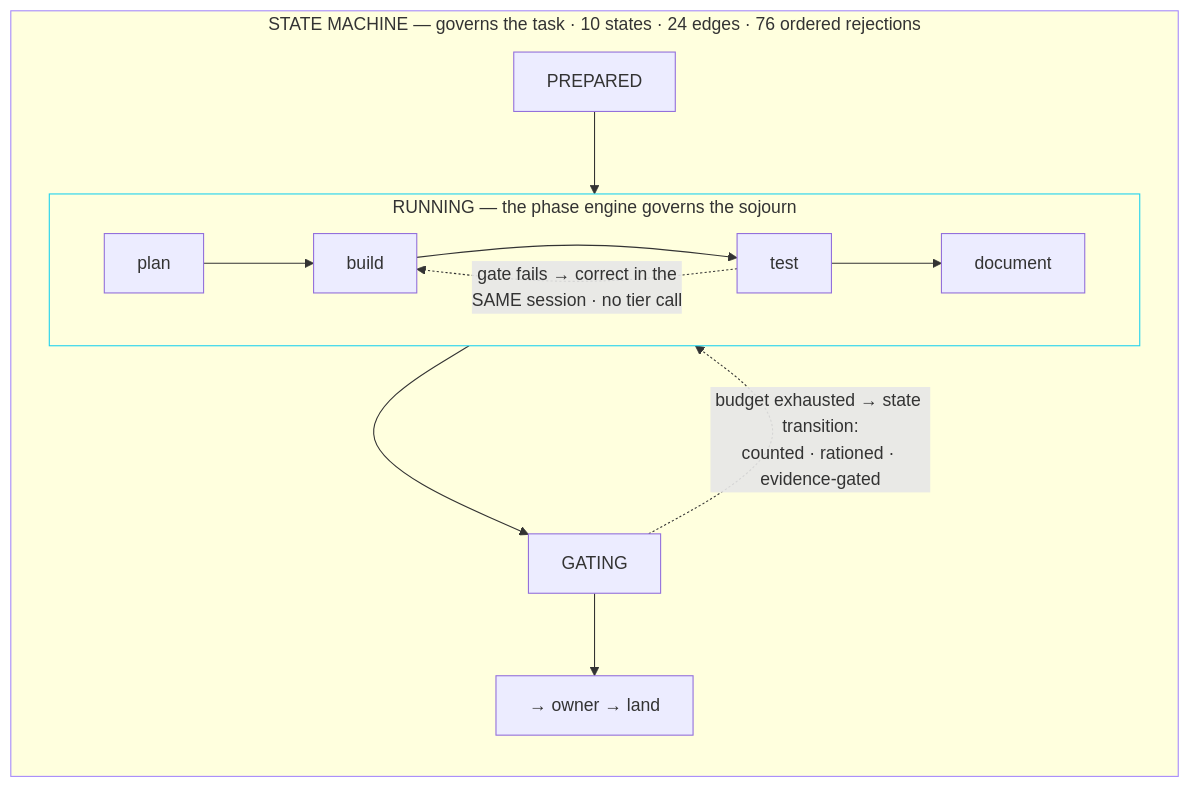
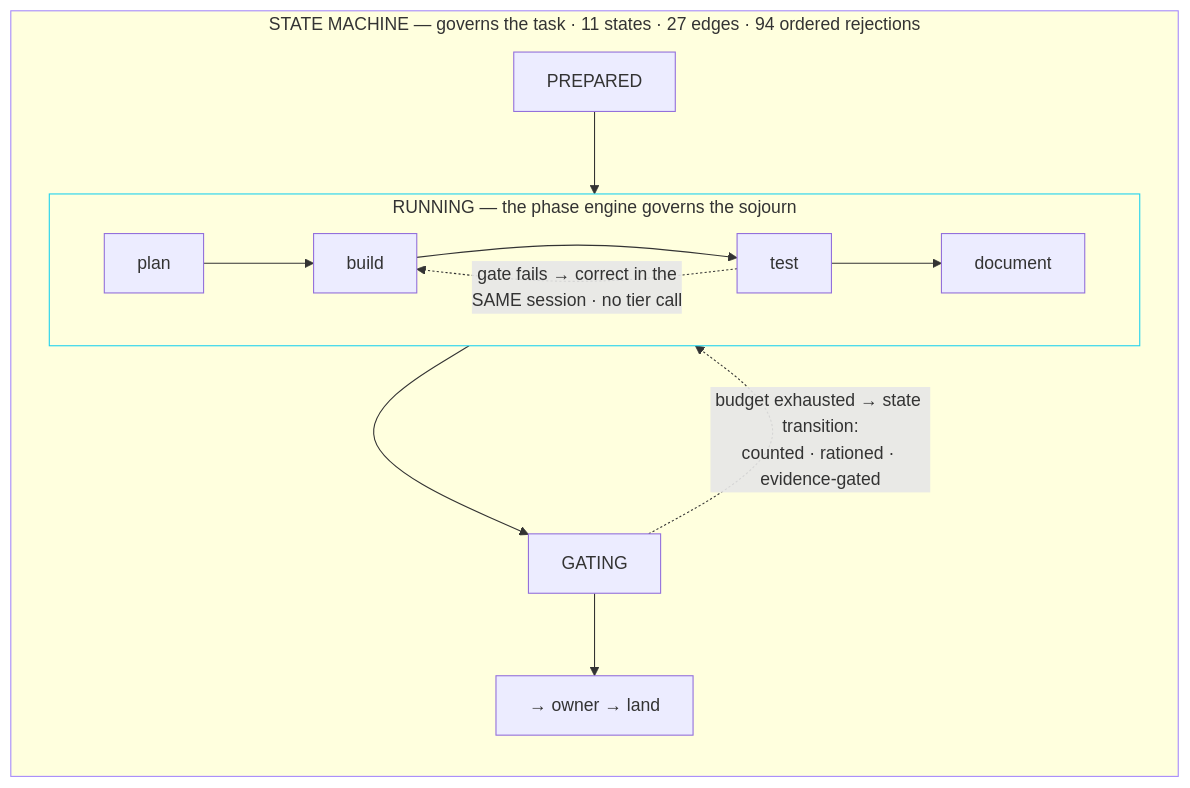
The first of 2 diagrams in README.md (santiagoms2404/agentic-workflow-software-factory), drawn with Mermaid before and after one commit. The commit also changed other lines of this file and 3 other files, not shown here.

````diff
--- a/README.md
+++ b/README.md
@@ -34,16 +34,16 @@
 ```mermaid
 flowchart LR
-  subgraph SM["STATE MACHINE — governs the task · 10 states · 24 edges · 76 ordered rejections"]
+  subgraph SM["STATE MACHINE — governs the task · 11 states · 27 edges · 94 ordered rejections"]
     PREP["PREPARED"] --> RUN
     subgraph RUN["RUNNING — the phase engine governs the sojourn"]
       direction LR
       p1["plan"] --> p2["build"] --> p3["test"] --> p4["document"]
       p3 -. "gate fails → correct in the<br/>SAME session · no tier call" .-> p2
     end
     RUN --> G["GATING"]
     G --> OWN["→ owner → land"]
     G -. "budget exhausted → state transition:<br/>counted · rationed · evidence-gated" .-> RUN
   end
   style RUN stroke:#22D3EE
   style SM stroke:#A78BFA
 ```
````
